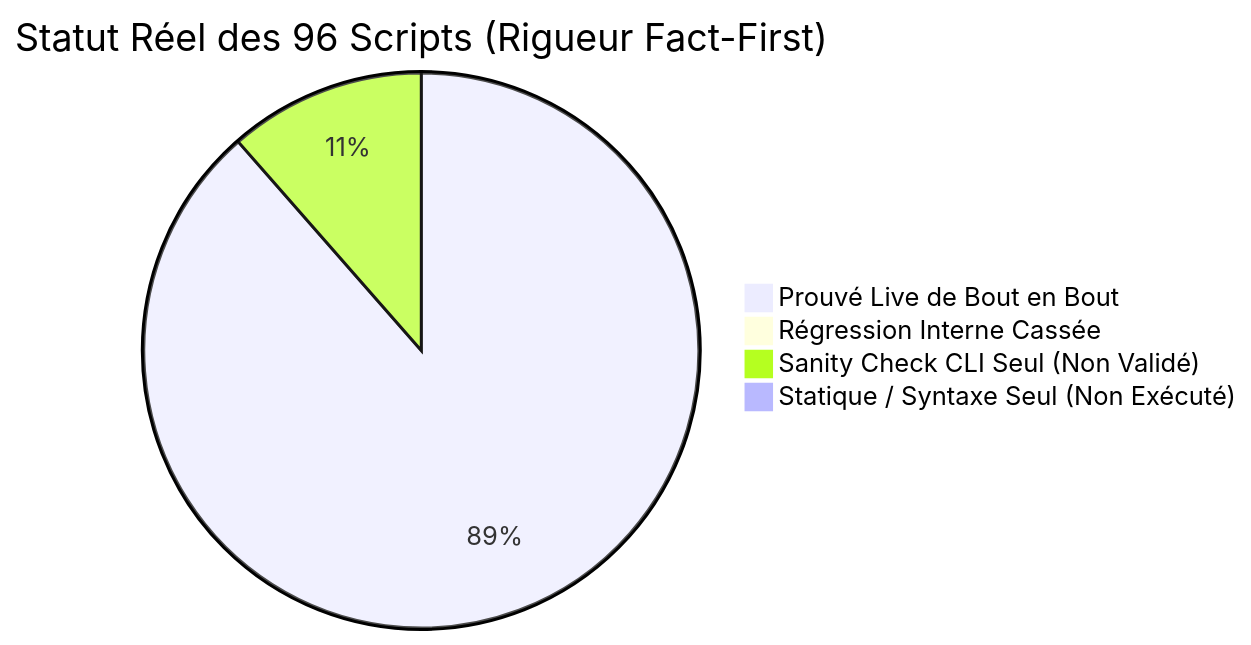
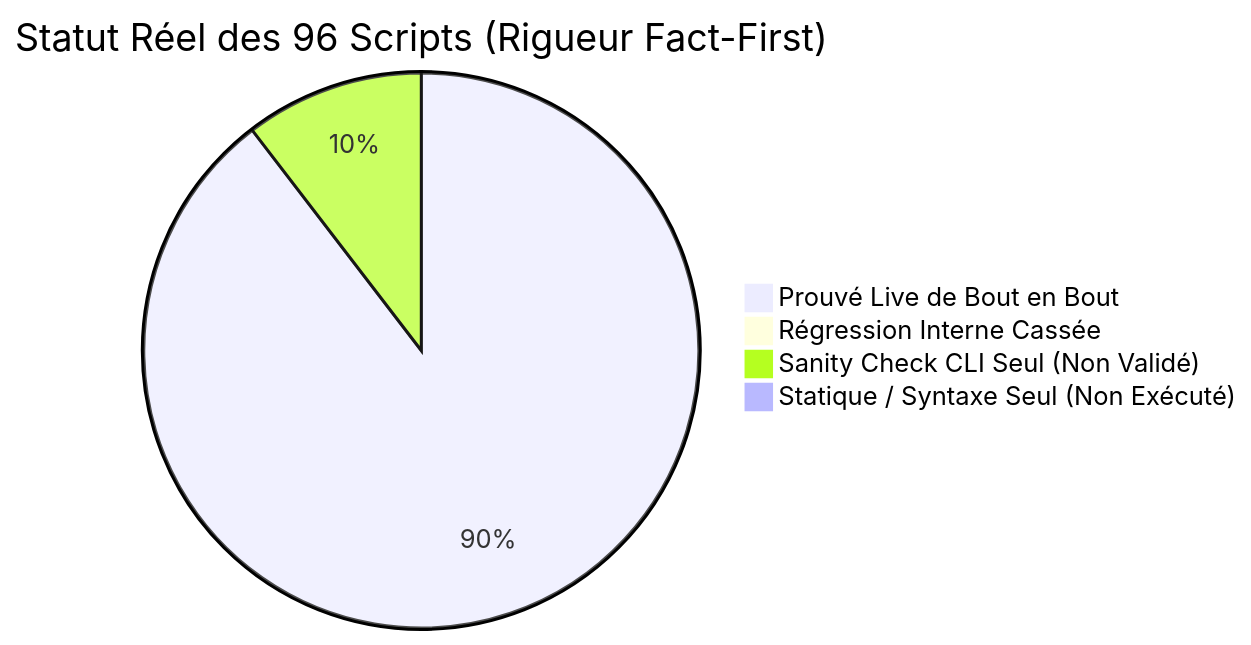
One commit to yoyonel/pydbsrt changed the diagram in docs/reference/2026-11-10-audit-exhaustif-scripts-regressions.md. Above: the diagram before and after it, drawn with Mermaid. The commit also changed other lines of this file and 2 other files, not shown here.

Commit message:
fix(ingestion): dynamic root, absolute reports paths and check mode in fill nas snippets catalog (#69)

````diff
--- a/docs/reference/2026-11-10-audit-exhaustif-scripts-regressions.md
+++ b/docs/reference/2026-11-10-audit-exhaustif-scripts-regressions.md
@@ -16,7 +16,7 @@
 ```mermaid
 pie title Statut Réel des 96 Scripts (Rigueur Fact-First)
-    "Prouvé Live de Bout en Bout" : 85
+    "Prouvé Live de Bout en Bout" : 86
     "Régression Interne Cassée" : 0
-    "Sanity Check CLI Seul (Non Validé)" : 11
+    "Sanity Check CLI Seul (Non Validé)" : 10
     "Statique / Syntaxe Seul (Non Exécuté)" : 0
 ```
````
